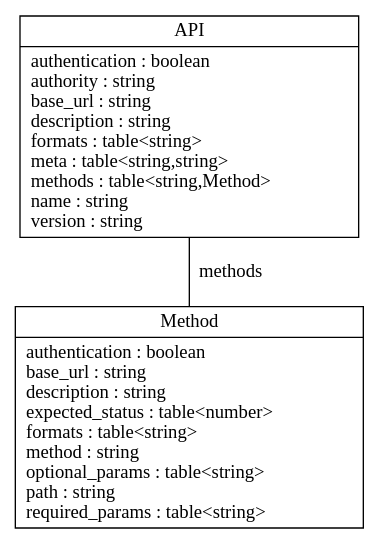
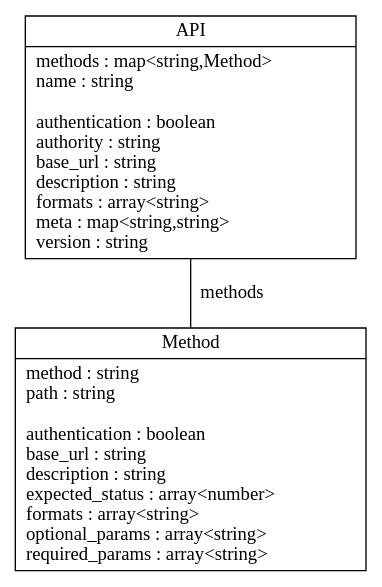
The diagram in uml/api.dot (SPORE/specifications), drawn with Graphviz before and after one commit. The commit also changed 3 other files, not shown here.

Commit message:
UML: remove lua, and improve dot

```diff
--- a/uml/api.dot
+++ b/uml/api.dot
@@ -1,13 +1,14 @@
 digraph {
 
     node [shape=record];
 
-    "Method"
-        [label="{\N|authentication : boolean\lbase_url : string\ldescription : string\lexpected_status : table&lt;number&gt;\lformats : table&lt;string&gt;\lmethod : string\loptional_params : table&lt;string&gt;\lpath : string\lrequired_params : table&lt;string&gt;\l}"];
+    "API"
+        [label="{\N|methods : map&lt;string,Method&gt;\lname : string\l\lauthentication : boolean\lauthority : string\lbase_url : string\ldescription : string\lformats : array&lt;string&gt;\lmeta : map&lt;string,string&gt;\lversion : string\l}"];
 
-    "API"
-        [label="{\N|authentication : boolean\lauthority : string\lbase_url : string\ldescription : string\lformats : table&lt;string&gt;\lmeta : table&lt;string,string&gt;\lmethods : table&lt;string,Method&gt;\lname : string\lversion : string\l}"];
-    "API" -> "Method" // attr isa table<string,Method>
+    "API" -> "Method"
         [label = "methods", arrowhead = none, arrowtail = odiamond];
 
+    "Method"
+        [label="{\N|method : string\lpath : string\l\lauthentication : boolean\lbase_url : string\ldescription : string\lexpected_status : array&lt;number&gt;\lformats : array&lt;string&gt;\loptional_params : array&lt;string&gt;\lrequired_params : array&lt;string&gt;\l}"];
+
 }
```
